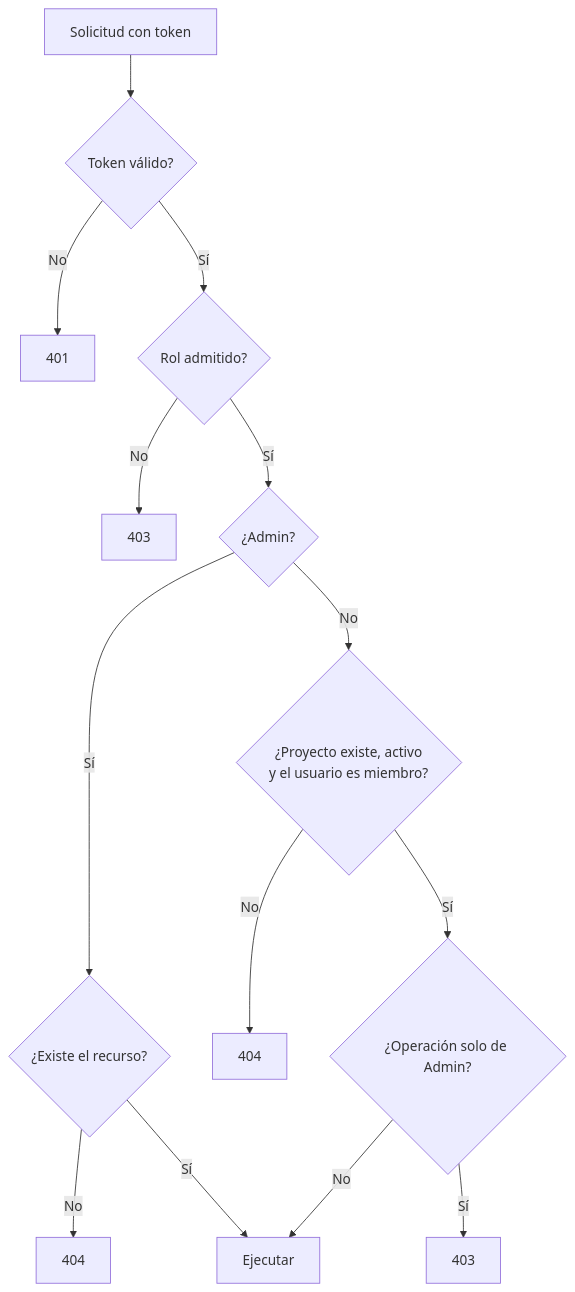
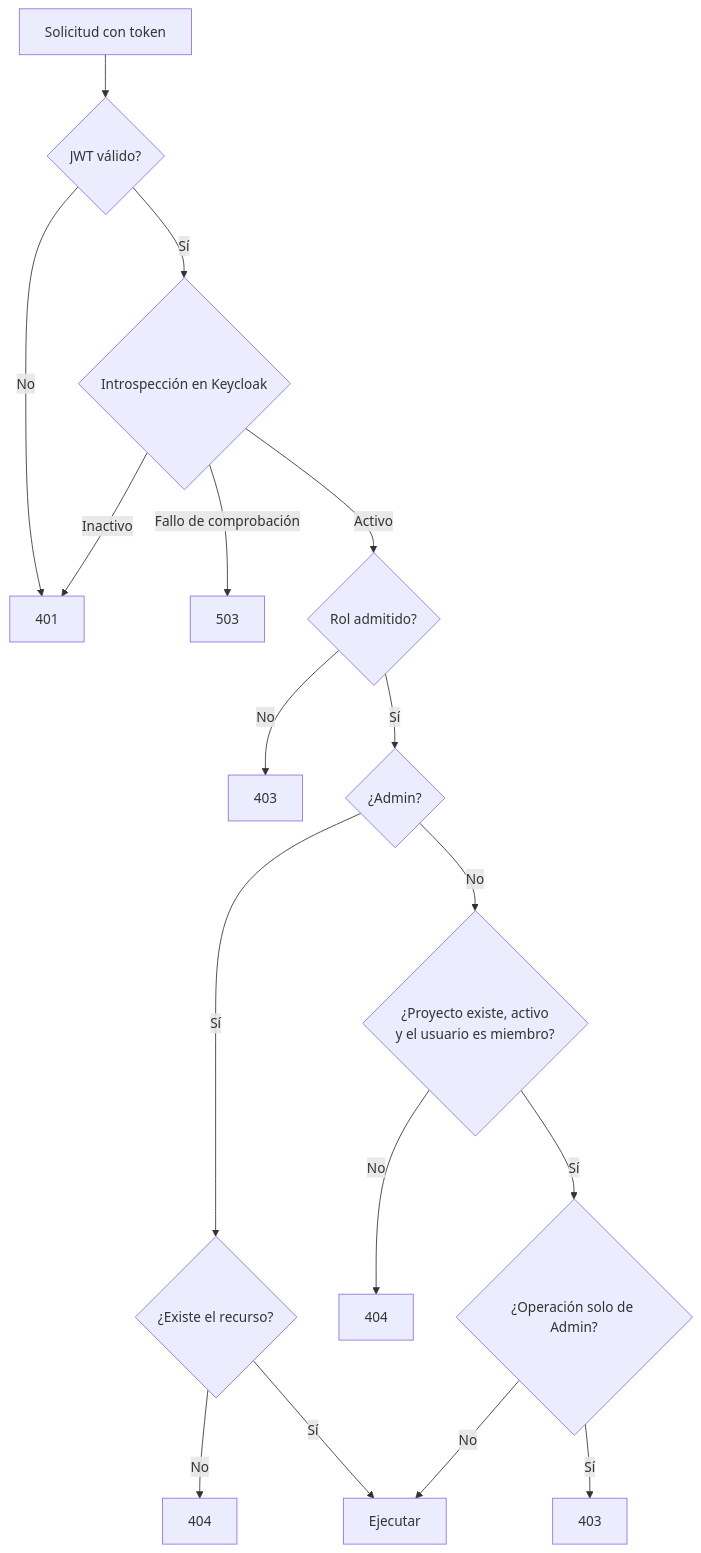
Before and after one commit to djacobo-hiberuscom/taskflow-onboarding: the second of 2 diagrams in docs/03-architecture/authentication.md, drawn with Mermaid. The commit also changed other lines of this file and 8 other files, not shown here.

````diff
--- a/docs/03-architecture/authentication.md
+++ b/docs/03-architecture/authentication.md
@@ -147,16 +173,19 @@
 ```mermaid
 flowchart TD
-    A[Solicitud con token] --> B{Token válido?}
+    A[Solicitud con token] --> B{JWT válido?}
     B -- No --> R401[401]
-    B -- Sí --> C{Rol admitido?}
+    B -- Sí --> I{Introspección en Keycloak}
+    I -- Inactivo --> R401
+    I -- Fallo de comprobación --> R503[503]
+    I -- Activo --> C{Rol admitido?}
     C -- No --> R403a[403]
     C -- Sí --> D{¿Admin?}
     D -- Sí --> E{¿Existe el recurso?}
     E -- No --> R404a[404]
     E -- Sí --> OK[Ejecutar]
     D -- No --> F{¿Proyecto existe, activo<br/>y el usuario es miembro?}
     F -- No --> R404b[404]
     F -- Sí --> G{¿Operación solo de Admin?}
     G -- Sí --> R403b[403]
     G -- No --> OK
 ```
````
